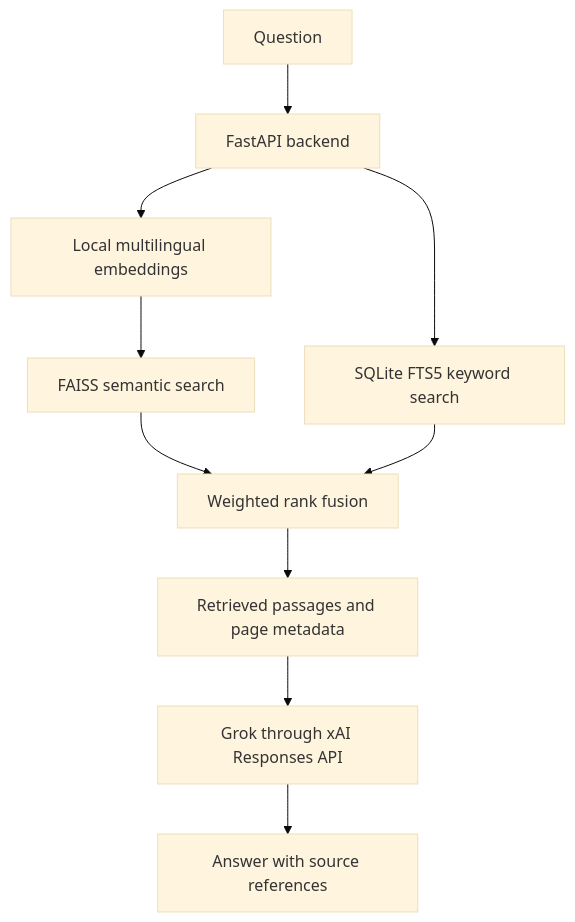
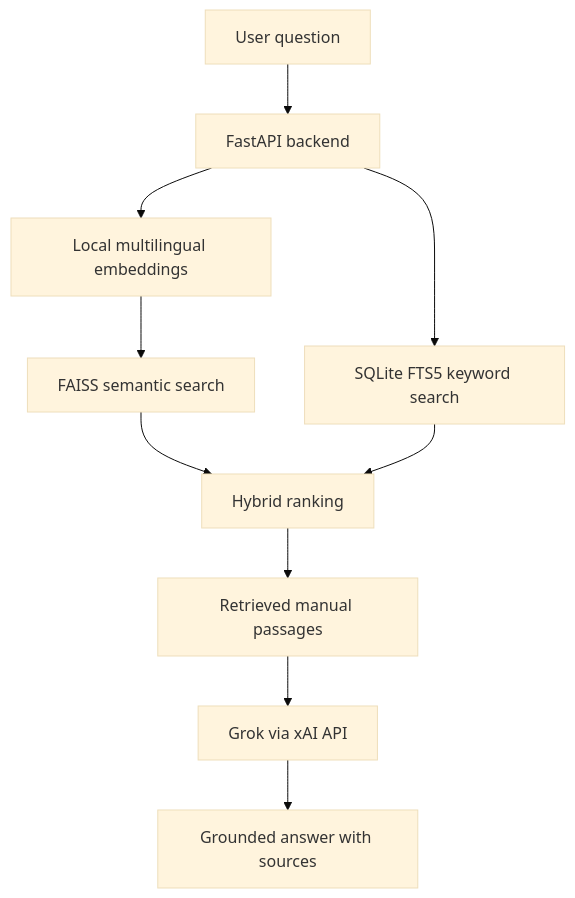
Before and after one commit to OmarIAlzoubi/customizable-vehicle-manual-rag-assistant: the diagram in README.md, drawn with Mermaid (base theme). The commit also changed other lines of this file and 2 other files, not shown here.

````diff
--- a/README.md
+++ b/README.md
@@ -33,12 +44,12 @@
 ```mermaid
 flowchart TB
-    A[Question] --> B[FastAPI backend]
+    A[User question] --> B[FastAPI backend]
     B --> C[Local multilingual embeddings]
     C --> D[FAISS semantic search]
     B --> E[SQLite FTS5 keyword search]
-    D --> F[Weighted rank fusion]
+    D --> F[Hybrid ranking]
     E --> F
-    F --> G[Retrieved passages and page metadata]
-    G --> H[Grok through xAI Responses API]
-    H --> I[Answer with source references]
+    F --> G[Retrieved manual passages]
+    G --> H[Grok via xAI API]
+    H --> I[Grounded answer with sources]
 ```
````
